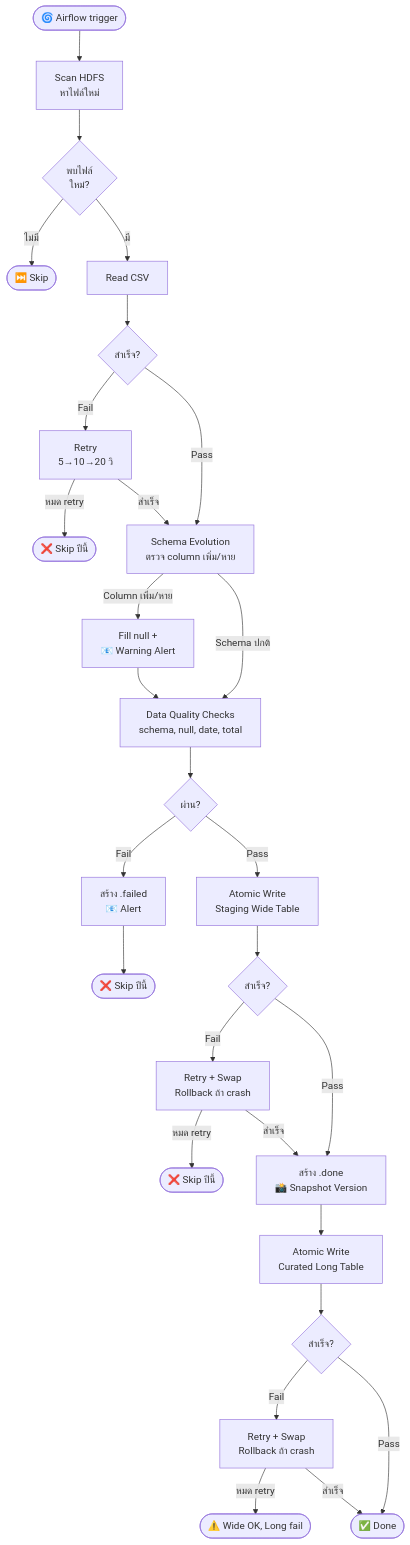
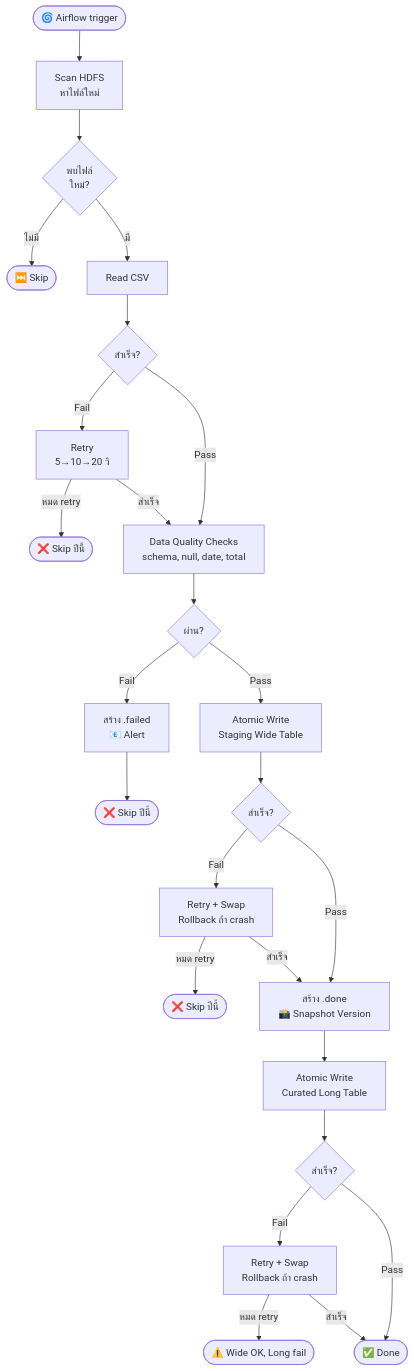
The second of 3 diagrams in README.md (Qaizx/hadoop-data-pipeline), drawn with Mermaid before and after one commit. The commit also changed other lines of this file and 3 other files, not shown here.

````diff
--- a/README.md
+++ b/README.md
@@ -201,37 +197,33 @@
 ```mermaid
 flowchart TD
     A([🌀 Airflow trigger]) --> B[Scan HDFS<br/>หาไฟล์ใหม่]
     B --> B1{พบไฟล์<br/>ใหม่?}
     B1 -->|ไม่มี| Z([⏭️ Skip])
     B1 -->|มี| C[Read CSV]
 
     C --> C1{สำเร็จ?}
     C1 -->|Fail| C2[Retry<br/>5→10→20 วิ]
     C2 -->|หมด retry| FAIL1([❌ Skip ปีนี้])
-    C2 -->|สำเร็จ| D
+    C2 -->|สำเร็จ| E
 
-    C1 -->|Pass| D[Schema Evolution<br/>ตรวจ column เพิ่ม/หาย]
-    D -->|Column เพิ่ม/หาย| D1[Fill null +<br/>📧 Warning Alert]
-    D1 --> E
-    D -->|Schema ปกติ| E
-
+    C1 -->|Pass| E
     E[Data Quality Checks<br/>schema, null, date, total]
     E --> E1{ผ่าน?}
     E1 -->|Fail| E2[สร้าง .failed<br/>📧 Alert]
     E2 --> FAIL2([❌ Skip ปีนี้])
     E1 -->|Pass| F
 
     F[Atomic Write<br/>Staging Wide Table]
     F --> F1{สำเร็จ?}
     F1 -->|Fail| F2[Retry + Swap<br/>Rollback ถ้า crash]
     F2 -->|หมด retry| FAIL3([❌ Skip ปีนี้])
     F2 -->|สำเร็จ| G
 
     F1 -->|Pass| G[สร้าง .done<br/>📸 Snapshot Version]
     G --> H[Atomic Write<br/>Curated Long Table]
     H --> H1{สำเร็จ?}
     H1 -->|Fail| H2[Retry + Swap<br/>Rollback ถ้า crash]
     H2 -->|หมด retry| FAIL4([⚠️ Wide OK, Long fail])
     H2 -->|สำเร็จ| DONE
     H1 -->|Pass| DONE([✅ Done])
 ```
````
